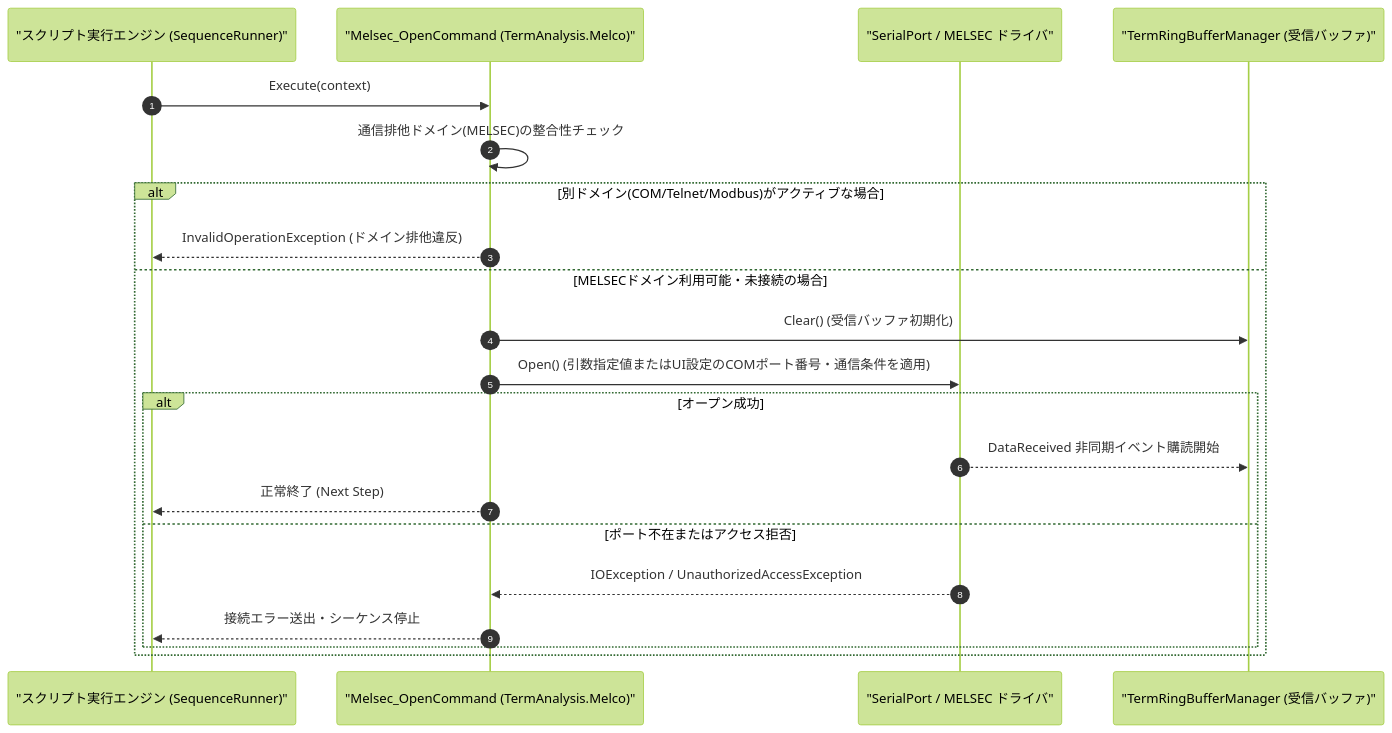
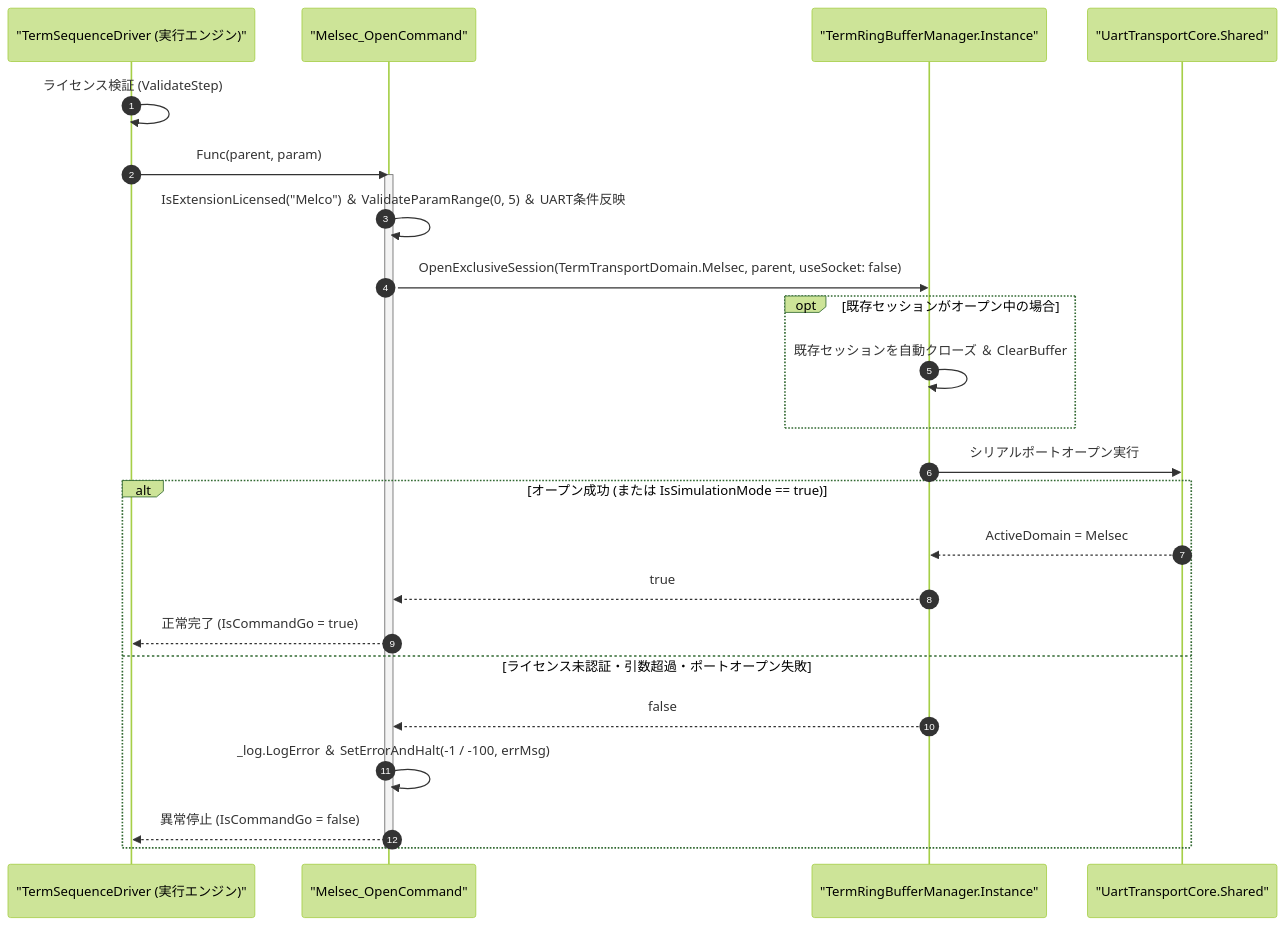
The diagram in Manual/Melco/Melsec_Open.Md (Monaca-App/TermAddIn), drawn with Mermaid (forest theme) before and after one commit. The commit also changed other lines of this file and 157 other files, not shown here.

````diff
--- a/Manual/Melco/Melsec_Open.Md
+++ b/Manual/Melco/Melsec_Open.Md
@@ -72,24 +78,28 @@
 ```mermaid
 sequenceDiagram
     autonumber
-    participant Script as "スクリプト実行エンジン (SequenceRunner)"
-    participant Cmd as "Melsec_OpenCommand (TermAnalysis.Melco)"
-    participant Port as "SerialPort / MELSEC ドライバ"
-    participant Buf as "TermRingBufferManager (受信バッファ)"
+    participant Driver as "TermSequenceDriver (実行エンジン)"
+    participant Cmd as "Melsec_OpenCommand"
+    participant Buf as "TermRingBufferManager.Instance"
+    participant Port as "UartTransportCore.Shared"
 
-    Script->>Cmd: Execute(context)
-    Cmd->>Cmd: 通信排他ドメイン(MELSEC)の整合性チェック
-    alt 別ドメイン(COM/Telnet/Modbus)がアクティブな場合
-        Cmd-->>Script: InvalidOperationException (ドメイン排他違反)
-    else MELSECドメイン利用可能・未接続の場合
-        Cmd->>Buf: Clear() (受信バッファ初期化)
-        Cmd->>Port: Open() (引数指定値またはUI設定のCOMポート番号・通信条件を適用)
-        alt オープン成功
-            Port-->>Buf: DataReceived 非同期イベント購読開始
-            Cmd-->>Script: 正常終了 (Next Step)
-        else ポート不在またはアクセス拒否
-            Port-->>Cmd: IOException / UnauthorizedAccessException
-            Cmd-->>Script: 接続エラー送出・シーケンス停止
-        end
+    Driver->>Driver: ライセンス検証 (ValidateStep)
+    Driver->>Cmd: Func(parent, param)
+    activate Cmd
+    Cmd->>Cmd: IsExtensionLicensed("Melco") ＆ ValidateParamRange(0, 5) ＆ UART条件反映
+    Cmd->>Buf: OpenExclusiveSession(TermTransportDomain.Melsec, parent, useSocket: false)
+    opt 既存セッションがオープン中の場合
+        Buf->>Buf: 既存セッションを自動クローズ ＆ ClearBuffer
     end
+    Buf->>Port: シリアルポートオープン実行
+    alt オープン成功 (または IsSimulationMode == true)
+        Port-->>Buf: ActiveDomain = Melsec
+        Buf-->>Cmd: true
+        Cmd-->>Driver: 正常完了 (IsCommandGo = true)
+    else ライセンス未認証・引数超過・ポートオープン失敗
+        Buf-->>Cmd: false
+        Cmd->>Cmd: _log.LogError ＆ SetErrorAndHalt(-1 / -100, errMsg)
+        Cmd-->>Driver: 異常停止 (IsCommandGo = false)
+    end
+    deactivate Cmd
 ```
````
